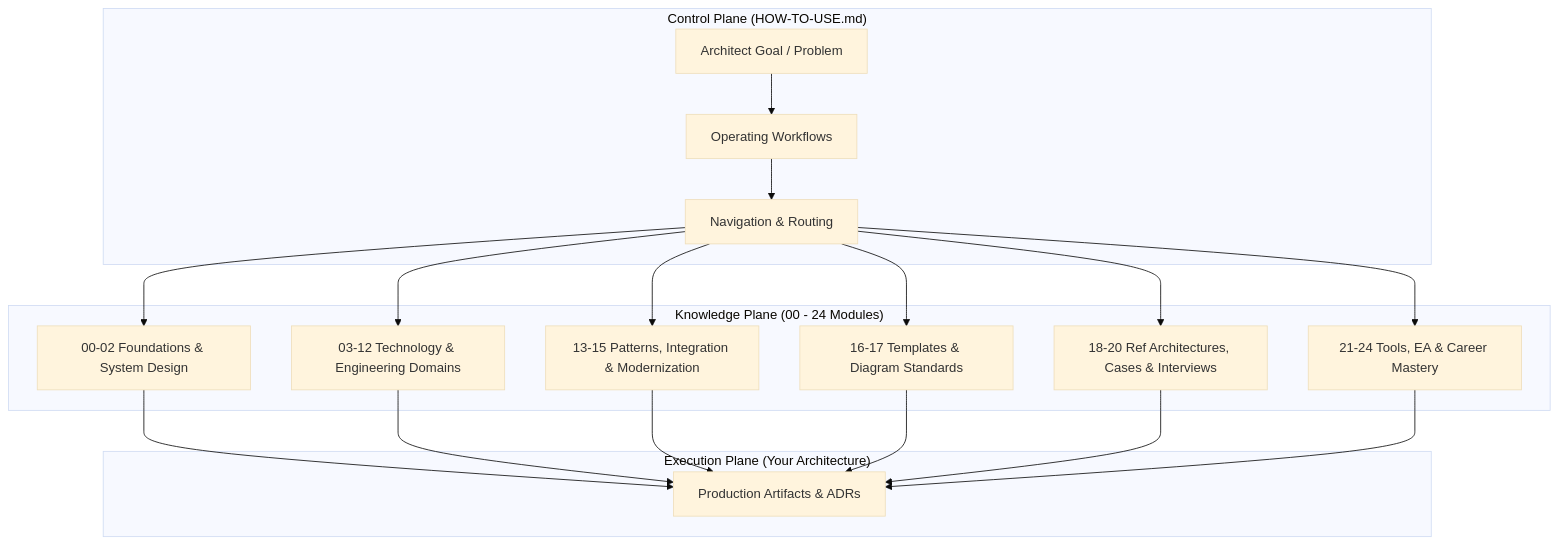
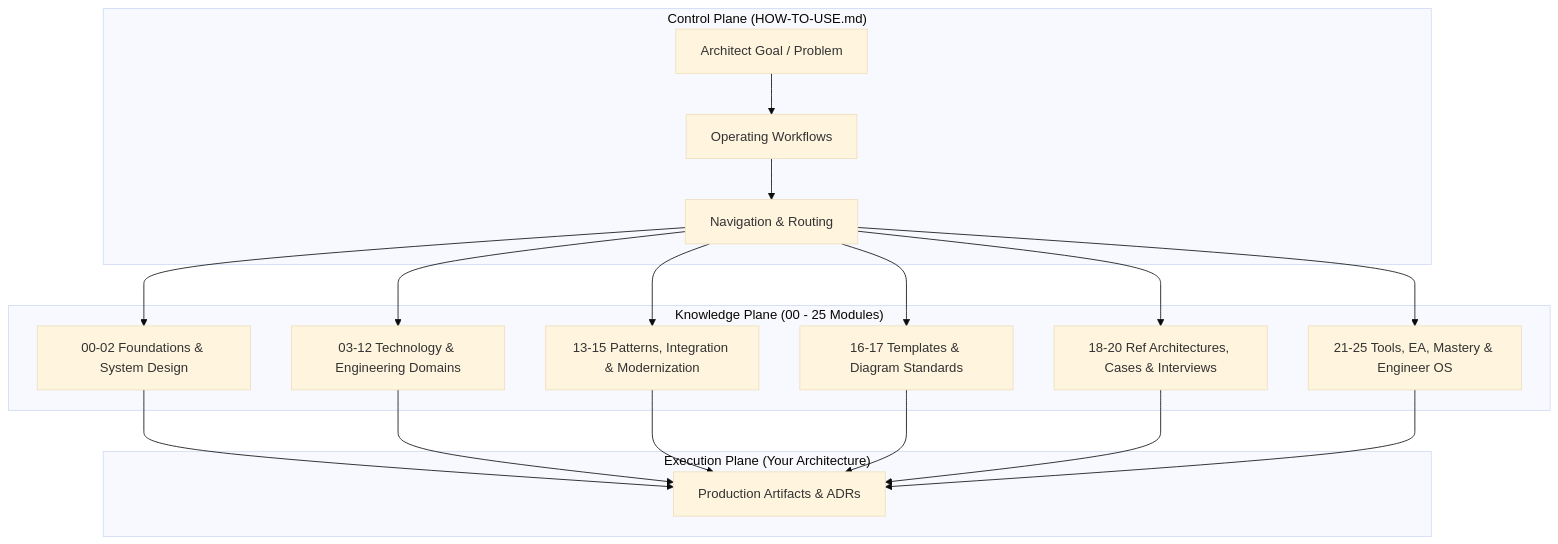
The first of 14 diagrams in HOW-TO-USE.md (avadhut-kore/enterprise-architecture-handbook), drawn with Mermaid (base theme) before and after one commit. The commit also changed other lines of this file and 19 other files, not shown here.

````diff
--- a/HOW-TO-USE.md
+++ b/HOW-TO-USE.md
@@ -17,25 +17,25 @@
 ```mermaid
 flowchart TD
     subgraph Control_Plane ["Control Plane (HOW-TO-USE.md)"]
         Goals["Architect Goal / Problem"] --> Workflows["Operating Workflows"]
         Workflows --> Routing["Navigation & Routing"]
     end
     
-    subgraph Knowledge_Plane ["Knowledge Plane (00 - 24 Modules)"]
+    subgraph Knowledge_Plane ["Knowledge Plane (00 - 25 Modules)"]
         Routing --> Foundations["00-02 Foundations & System Design"]
         Routing --> Specialization["03-12 Technology & Engineering Domains"]
         Routing --> Patterns["13-15 Patterns, Integration & Modernization"]
         Routing --> Deliverables["16-17 Templates & Diagram Standards"]
         Routing --> Reference["18-20 Ref Architectures, Cases & Interviews"]
-        Routing --> Tooling["21-24 Tools, EA & Career Mastery"]
+        Routing --> Tooling["21-25 Tools, EA, Mastery & Engineer OS"]
     end
     
     subgraph Execution_Plane ["Execution Plane (Your Architecture)"]
         Foundations --> Output["Production Artifacts & ADRs"]
         Specialization --> Output
         Patterns --> Output
         Deliverables --> Output
         Reference --> Output
         Tooling --> Output
     end
 ```
````
